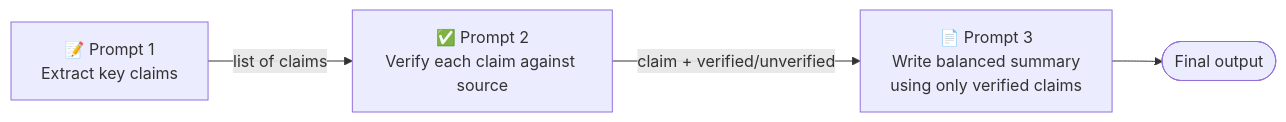
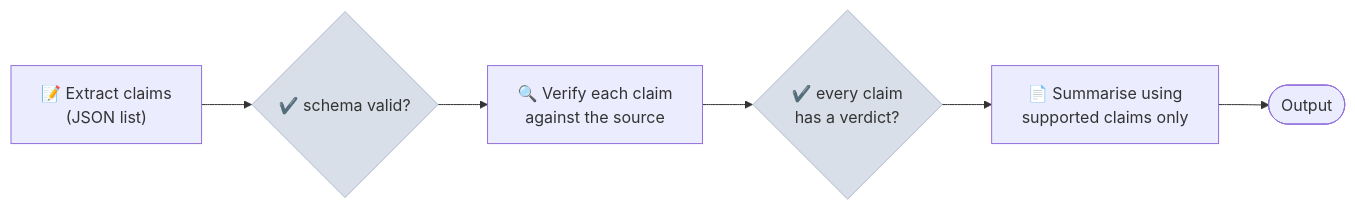
One commit to sundante/sun-course-genai changed the third of 3 diagrams in src/content/10-Prompt-Engineering/Notes/03-Advanced-Techniques.mdx. Above: the diagram before and after it, drawn with Mermaid. The commit also changed other lines of this file and 30 other files, not shown here.

````diff
--- a/src/content/10-Prompt-Engineering/Notes/03-Advanced-Techniques.mdx
+++ b/src/content/10-Prompt-Engineering/Notes/03-Advanced-Techniques.mdx
@@ -158,6 +111,11 @@
 ```mermaid
 flowchart LR
-    A["📝 Prompt 1<br/>Extract key claims"] -->|list of claims| B["✅ Prompt 2<br/>Verify each claim against source"]
-    B -->|claim + verified/unverified| C["📄 Prompt 3<br/>Write balanced summary<br/>using only verified claims"]
-    C --> D(["Final output"])
+    A["📝 Extract claims<br/>(JSON list)"] --> CK1{"✔️ schema valid?"}
+    CK1 --> B["🔍 Verify each claim<br/>against the source"]
+    B --> CK2{"✔️ every claim<br/>has a verdict?"}
+    CK2 --> C["📄 Summarise using<br/>supported claims only"]
+    C --> D(["Output"])
+
+    style CK1 fill:#d8dfe8,stroke:#b0bac8
+    style CK2 fill:#d8dfe8,stroke:#b0bac8
 ```
````
